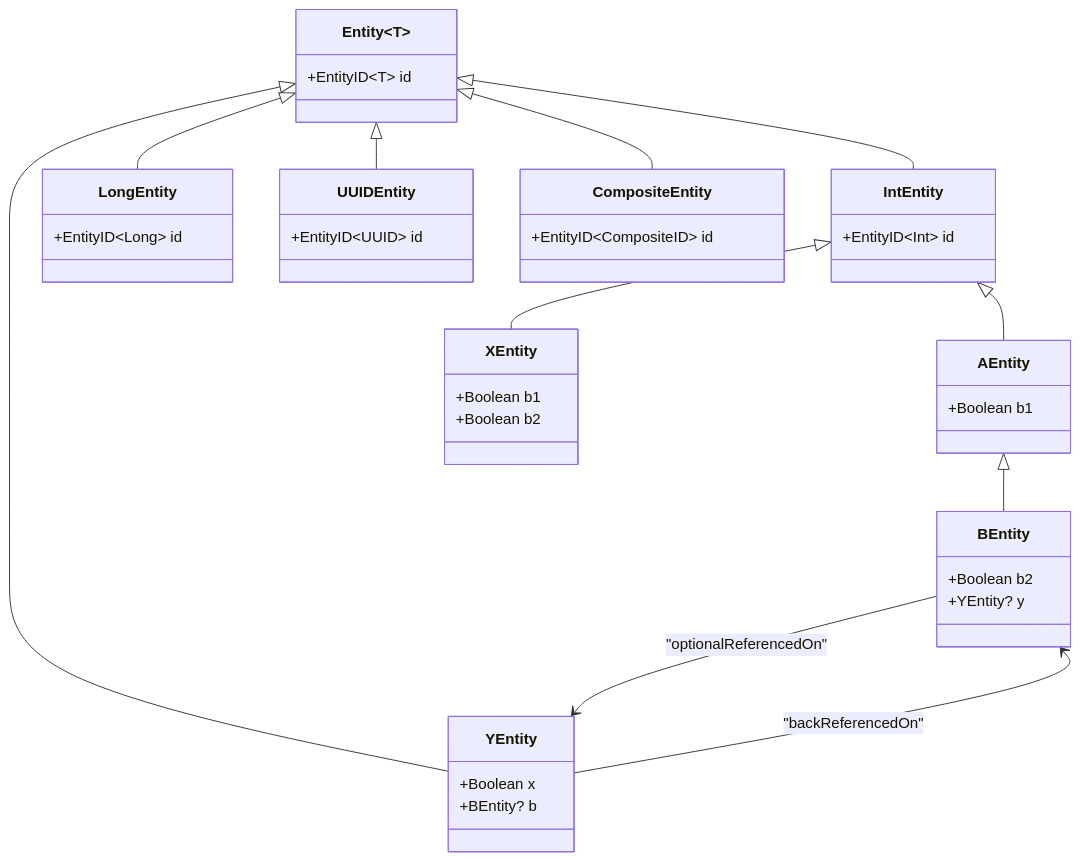
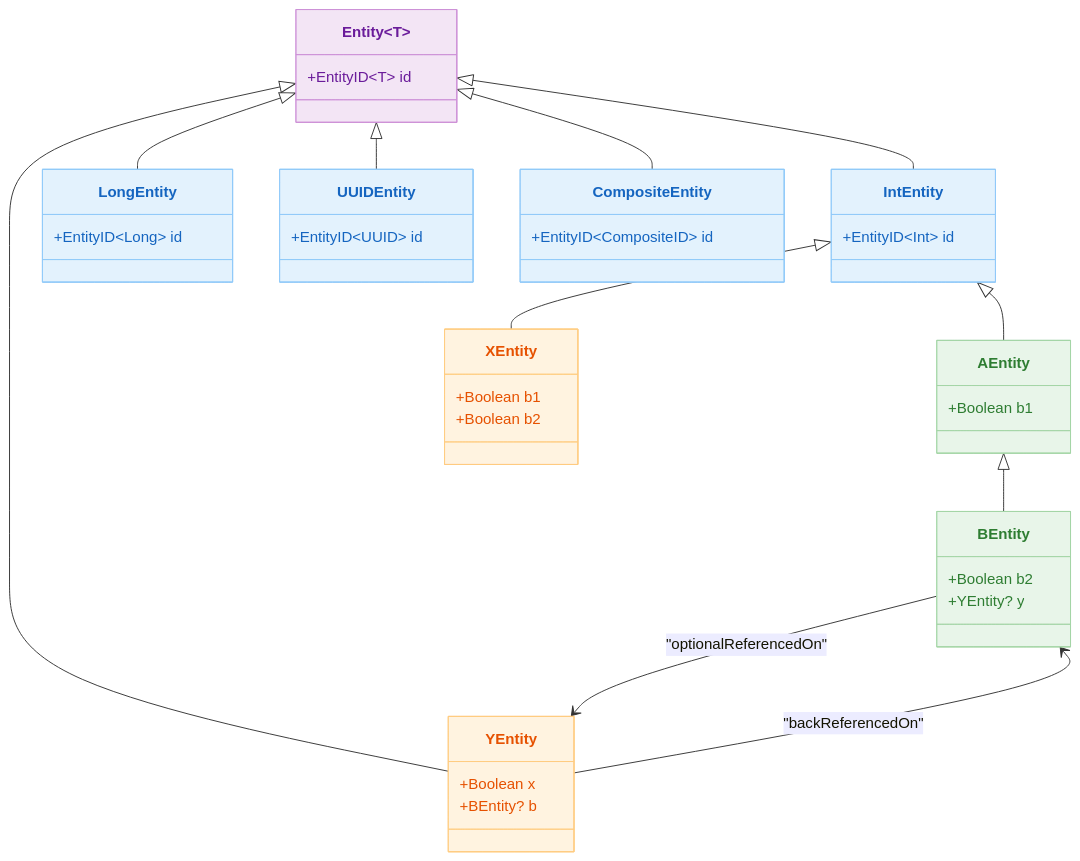
The third of 3 diagrams in 05-exposed-dml/05-entities/README.md (bluetape4k/exposed-workshop), drawn with Mermaid before and after one commit. The commit also changed other lines of this file and 56 other files, not shown here.

First line of the commit message:
docs: 전체 README mermaid 다이어그램에 파스텔 톤 색상 적용

````diff
--- a/05-exposed-dml/05-entities/README.md
+++ b/05-exposed-dml/05-entities/README.md
@@ -158,45 +164,55 @@
 ```mermaid
 classDiagram
     class Entity~T~ {
         +EntityID~T~ id
     }
     class IntEntity {
         +EntityID~Int~ id
     }
     class LongEntity {
         +EntityID~Long~ id
     }
     class UUIDEntity {
         +EntityID~UUID~ id
     }
     class CompositeEntity {
         +EntityID~CompositeID~ id
     }
     class AEntity {
         +Boolean b1
     }
     class BEntity {
         +Boolean b2
         +YEntity? y
     }
     class XEntity {
         +Boolean b1
         +Boolean b2
     }
     class YEntity {
         +Boolean x
         +BEntity? b
     }
 
     Entity <|-- IntEntity
     Entity <|-- LongEntity
     Entity <|-- UUIDEntity
     Entity <|-- CompositeEntity
     IntEntity <|-- AEntity
     AEntity <|-- BEntity
     IntEntity <|-- XEntity
     Entity <|-- YEntity
 
     BEntity --> YEntity : "optionalReferencedOn"
     YEntity --> BEntity : "backReferencedOn"
+
+    style Entity fill:#F3E5F5,stroke:#CE93D8,color:#6A1B9A
+    style IntEntity fill:#E3F2FD,stroke:#90CAF9,color:#1565C0
+    style LongEntity fill:#E3F2FD,stroke:#90CAF9,color:#1565C0
+    style UUIDEntity fill:#E3F2FD,stroke:#90CAF9,color:#1565C0
+    style CompositeEntity fill:#E3F2FD,stroke:#90CAF9,color:#1565C0
+    style AEntity fill:#E8F5E9,stroke:#A5D6A7,color:#2E7D32
+    style BEntity fill:#E8F5E9,stroke:#A5D6A7,color:#2E7D32
+    style XEntity fill:#FFF3E0,stroke:#FFCC80,color:#E65100
+    style YEntity fill:#FFF3E0,stroke:#FFCC80,color:#E65100
 ```
````
